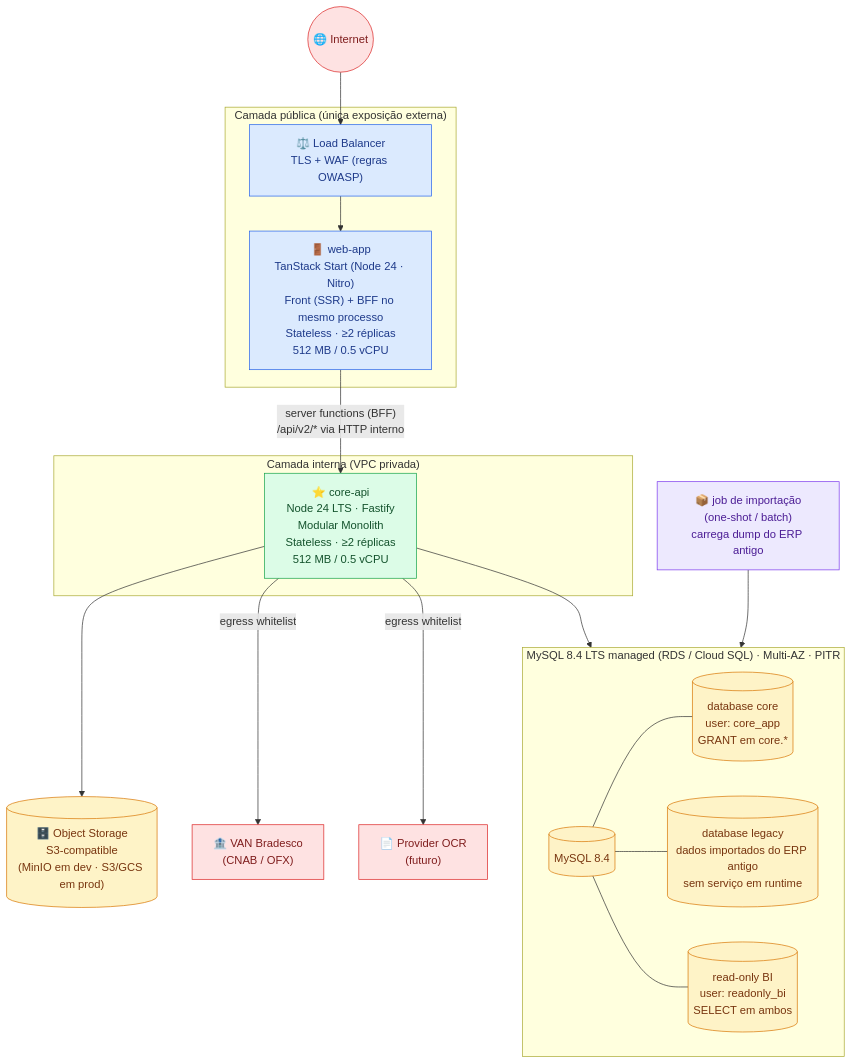
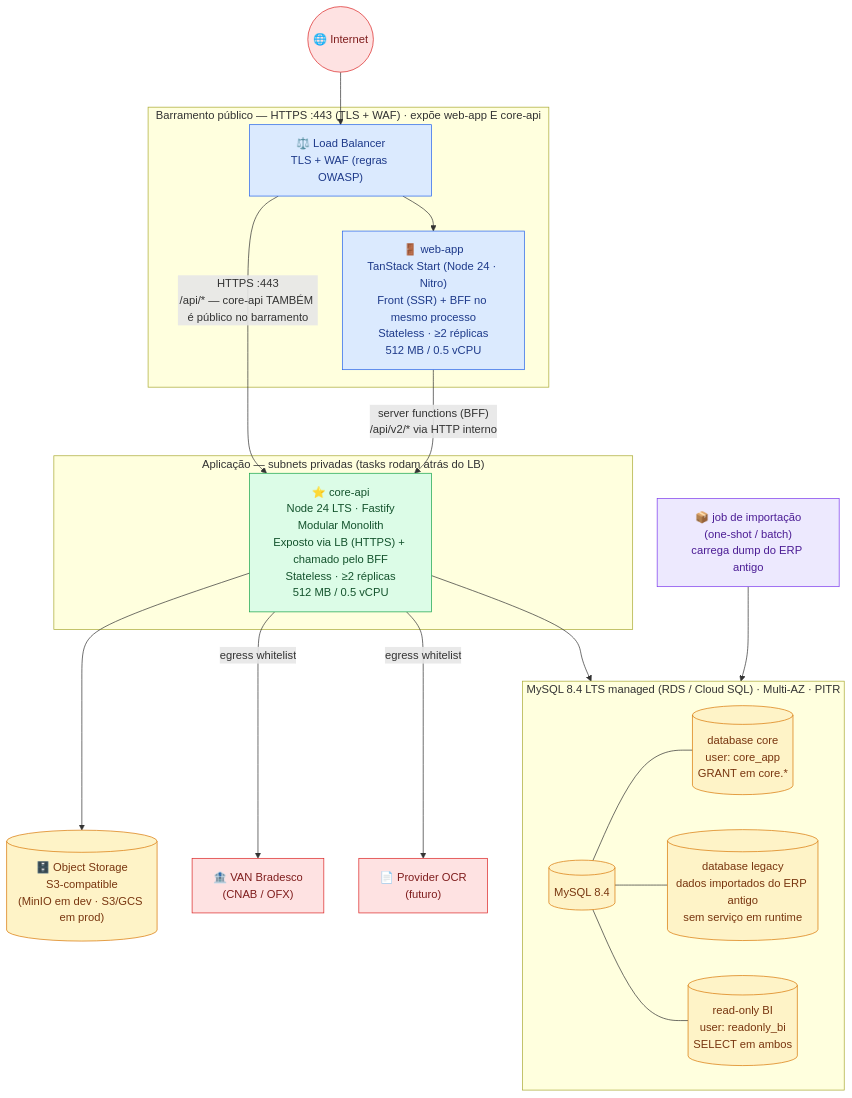
One commit to ERP-Bem-Comum/ERP-INFRA changed the first of 5 diagrams in docs/topology.md. Above: the diagram before and after it, drawn with Mermaid.

Commit message:
docs(infra): corrige topologia — core-api tambem e exposto via HTTPS no barramento (LB)
O diagrama generico colocava o core-api so na 'camada interna' (acessado apenas pelo
BFF do web), com o web como 'unica exposicao externa'. Na verdade a API tambem e
publica via HTTPS no barramento (LB): adiciona a aresta LB->core-api (/api/* HTTPS :443)
+ ajusta labels (barramento expoe web E core; tasks rodam em subnet privada atras do LB).
O diagrama ECS especifico ja estava correto (Internet->ELB->api).

````diff
--- a/docs/topology.md
+++ b/docs/topology.md
@@ -15,49 +15,50 @@
 ```mermaid
 flowchart TB
     Internet(("🌐 Internet"))
     Internet --> LB
 
-    subgraph PUB["Camada pública (única exposição externa)"]
+    subgraph PUB["Barramento público — HTTPS :443 (TLS + WAF) · expõe web-app E core-api"]
         LB["⚖️ Load Balancer<br/>TLS + WAF (regras OWASP)"]
         WEB["🚪 web-app<br/>TanStack Start (Node 24 · Nitro)<br/>Front (SSR) + BFF no mesmo processo<br/>Stateless · ≥2 réplicas<br/>512 MB / 0.5 vCPU"]
         LB --> WEB
     end
 
+    LB -- "HTTPS :443<br/>/api/* — core-api TAMBÉM é público no barramento" --> CORE
     WEB -- "server functions (BFF)<br/>/api/v2/* via HTTP interno" --> CORE
 
-    subgraph INT["Camada interna (VPC privada)"]
-        CORE["⭐ core-api<br/>Node 24 LTS · Fastify<br/>Modular Monolith<br/>Stateless · ≥2 réplicas<br/>512 MB / 0.5 vCPU"]
+    subgraph INT["Aplicação — subnets privadas (tasks rodam atrás do LB)"]
+        CORE["⭐ core-api<br/>Node 24 LTS · Fastify<br/>Modular Monolith<br/>Exposto via LB (HTTPS) + chamado pelo BFF<br/>Stateless · ≥2 réplicas<br/>512 MB / 0.5 vCPU"]
     end
 
     CORE --> DB
     CORE --> OBJ
     MIG["📦 job de importação<br/>(one-shot / batch)<br/>carrega dump do ERP antigo"] --> DB
 
     subgraph DBLAYER["MySQL 8.4 LTS managed (RDS / Cloud SQL) · Multi-AZ · PITR"]
         direction LR
         DB[(MySQL 8.4)]
         COREDB[("database core<br/>user: core_app<br/>GRANT em core.*")]
         LEGACYDB[("database legacy<br/>dados importados do ERP antigo<br/>sem serviço em runtime")]
         BIDB[("read-only BI<br/>user: readonly_bi<br/>SELECT em ambos")]
         DB --- COREDB
         DB --- LEGACYDB
         DB --- BIDB
     end
 
     OBJ[("🗄️ Object Storage<br/>S3-compatible<br/>(MinIO em dev · S3/GCS em prod)")]
 
     CORE -- "egress whitelist" --> VAN["🏦 VAN Bradesco<br/>(CNAB / OFX)"]
     CORE -- "egress whitelist" --> OCR["📄 Provider OCR<br/>(futuro)"]
 
     classDef external fill:#fee2e2,stroke:#dc2626,color:#7f1d1d
     classDef public fill:#dbeafe,stroke:#2563eb,color:#1e3a8a
     classDef internal fill:#dcfce7,stroke:#16a34a,color:#14532d
     classDef storage fill:#fef3c7,stroke:#d97706,color:#78350f
     classDef batch fill:#ede9fe,stroke:#7c3aed,color:#4c1d95
 
     class Internet,VAN,OCR external
     class LB,WEB public
     class CORE internal
     class DB,COREDB,LEGACYDB,BIDB,OBJ storage
     class MIG batch
 ```
````
